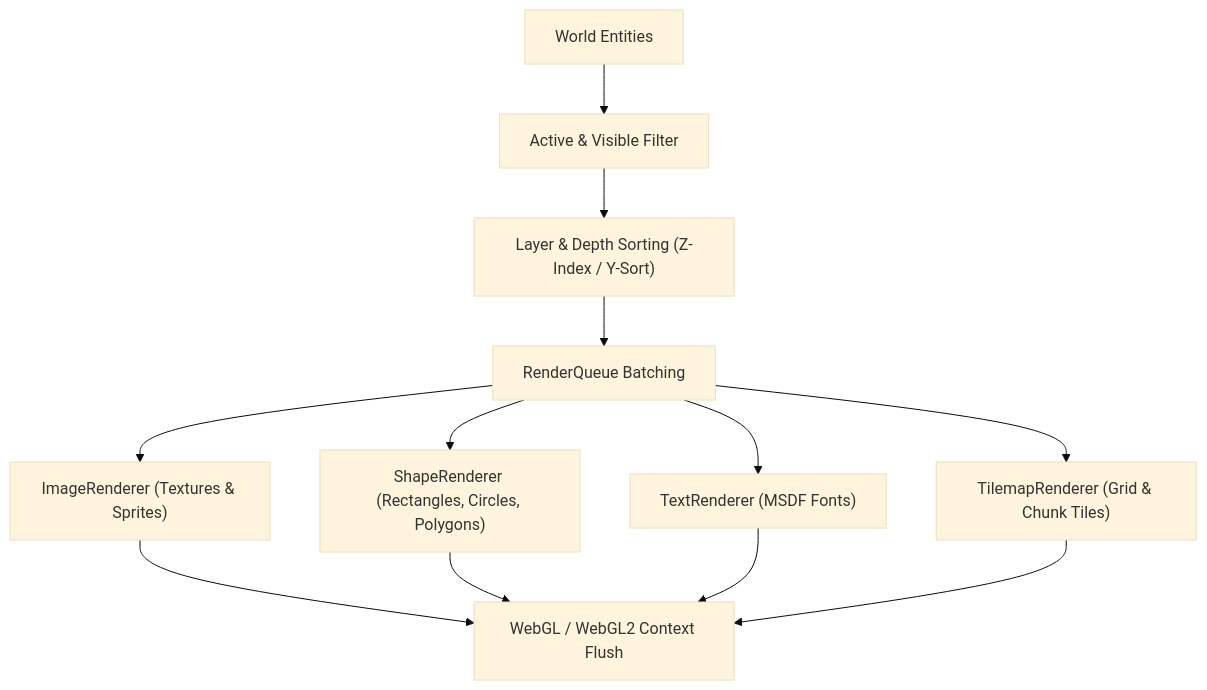
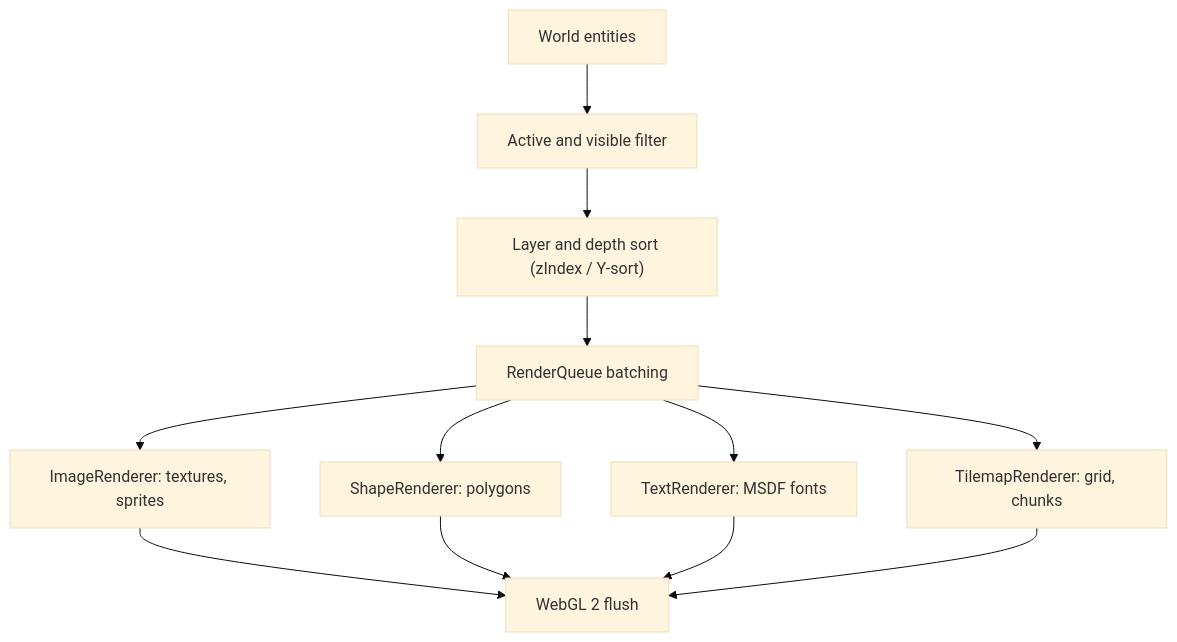
The third of 3 diagrams in docs/architecture.md (haikal-adnan/lupis-engine), drawn with Mermaid (base theme) before and after one commit. The commit also changed other lines of this file and 167 other files, not shown here.

Commit message:
New Schema

````diff
--- a/docs/architecture.md
+++ b/docs/architecture.md
@@ -101,16 +96,16 @@
 ```mermaid
 flowchart TD
-    Entities["World Entities"] --> Filter["Active & Visible Filter"]
-    Filter --> Sort["Layer & Depth Sorting (Z-Index / Y-Sort)"]
-    Sort --> Queue["RenderQueue Batching"]
-    
-    Queue --> Image["ImageRenderer (Textures & Sprites)"]
-    Queue --> Shape["ShapeRenderer (Rectangles, Circles, Polygons)"]
-    Queue --> Text["TextRenderer (MSDF Fonts)"]
-    Queue --> Tile["TilemapRenderer (Grid & Chunk Tiles)"]
-    
-    Image --> GL["WebGL / WebGL2 Context Flush"]
+    Entities["World entities"] --> Filter["Active and visible filter"]
+    Filter --> Sort["Layer and depth sort (zIndex / Y-sort)"]
+    Sort --> Queue["RenderQueue batching"]
+
+    Queue --> Image["ImageRenderer: textures, sprites"]
+    Queue --> Shape["ShapeRenderer: polygons"]
+    Queue --> Text["TextRenderer: MSDF fonts"]
+    Queue --> Tile["TilemapRenderer: grid, chunks"]
+
+    Image --> GL["WebGL 2 flush"]
     Shape --> GL
     Text --> GL
     Tile --> GL
 ```
````
